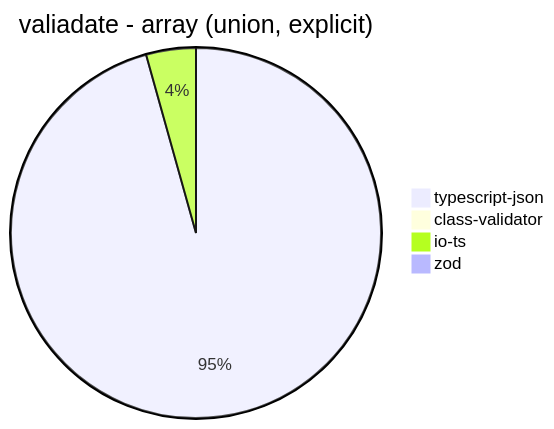
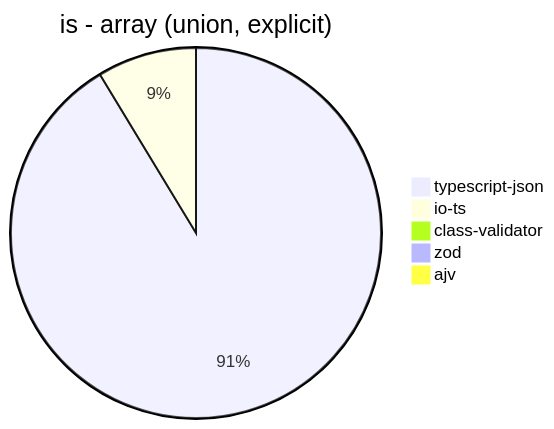
One commit to samchon/typia changed the sixth of 32 diagrams in benchmark/results/AMD Ryzen 7 5800H with Radeon Graphics.md. Above: the diagram before and after it, drawn with Mermaid. The commit also changed other lines of this file and 14 other files, not shown here.

Commit message:
Close #243 and Fix #244 - enhance json schema

````diff
--- a/benchmark/results/AMD Ryzen 7 5800H with Radeon Graphics.md
+++ b/benchmark/results/AMD Ryzen 7 5800H with Radeon Graphics.md
@@ -66,7 +71,8 @@
 ```mermaid
-pie title valiadate - array (union, explicit)
-  "typescript-json": 1485.0213980028532
+pie title is - array (union, explicit)
+  "typescript-json": 4025.7598220904374
+  "io-ts": 382.31493446557135
   "class-validator": 0
-  "io-ts": 67.43451606910645
-  "zod": 2.609992542878449
+  "zod": 2.81478701444924
+  "ajv": 0
 ```
````
